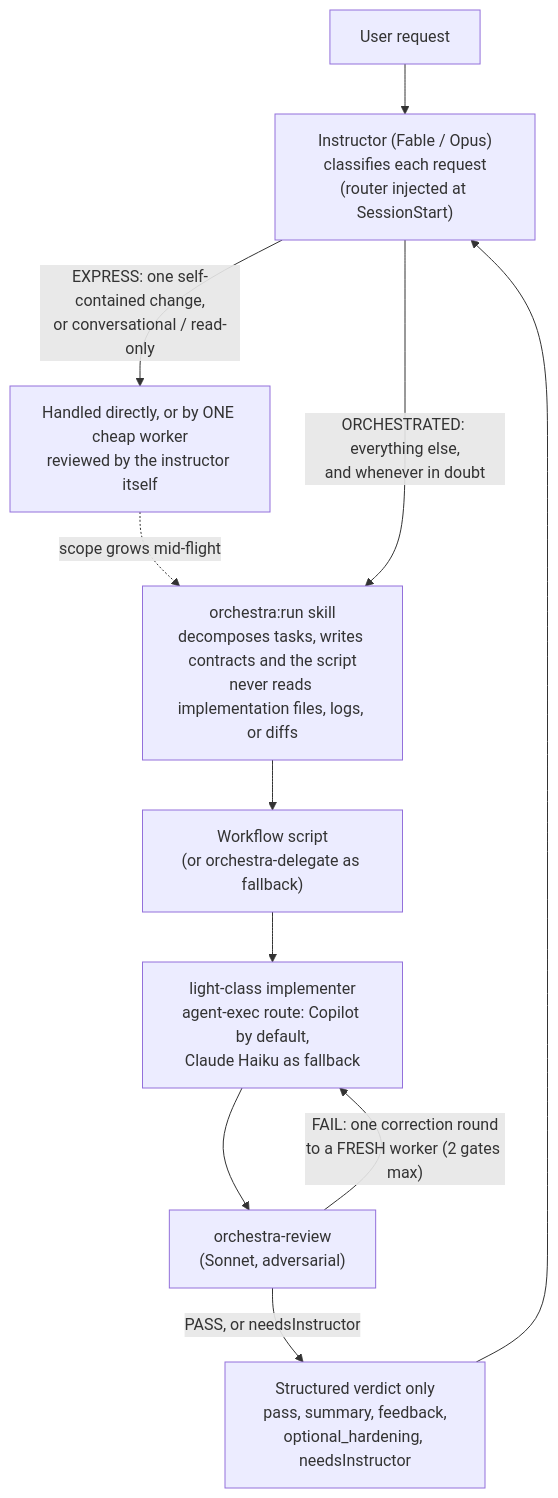
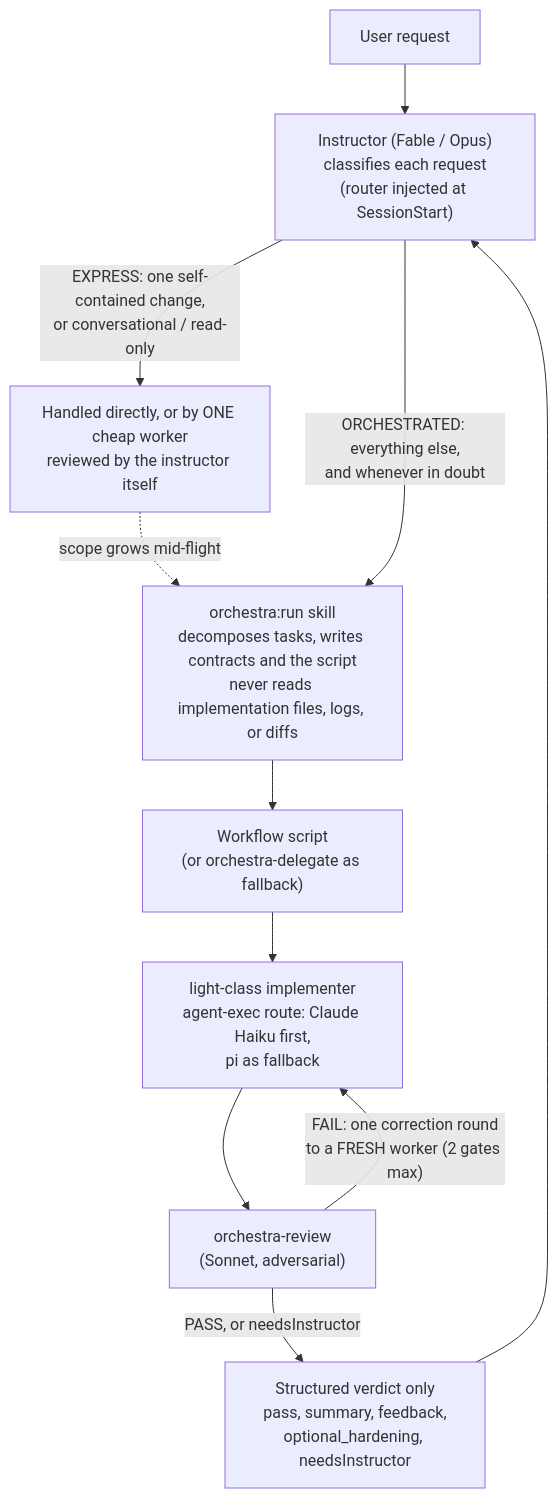
Before and after one commit to yacchi/claude-plugins: the diagram in plugins/orchestra/README.md, drawn with Mermaid. The commit also changed other lines of this file and 33 other files, not shown here.

````diff
--- a/plugins/orchestra/README.md
+++ b/plugins/orchestra/README.md
@@ -13,13 +13,13 @@
 ```mermaid
 flowchart TD
     U["User request"] --> I["Instructor (Fable / Opus)<br/>classifies each request<br/>(router injected at SessionStart)"]
     I -->|"EXPRESS: one self-contained change,<br/>or conversational / read-only"| E["Handled directly, or by ONE cheap worker<br/>reviewed by the instructor itself"]
     E -.->|"scope grows mid-flight"| O
     I -->|"ORCHESTRATED: everything else,<br/>and whenever in doubt"| O["orchestra:run skill<br/>decomposes tasks, writes contracts and the script<br/>never reads implementation files, logs, or diffs"]
     O --> W["Workflow script<br/>(or orchestra-delegate as fallback)"]
-    W --> L["light-class implementer<br/>agent-exec route: Copilot by default,<br/>Claude Haiku as fallback"]
+    W --> L["light-class implementer<br/>agent-exec route: Claude Haiku first,<br/>pi as fallback"]
     L --> R["orchestra-review<br/>(Sonnet, adversarial)"]
     R -->|"FAIL: one correction round<br/>to a FRESH worker (2 gates max)"| L
     R -->|"PASS, or needsInstructor"| V["Structured verdict only<br/>pass, summary, feedback,<br/>optional_hardening, needsInstructor"]
     V --> I
 ```
````
